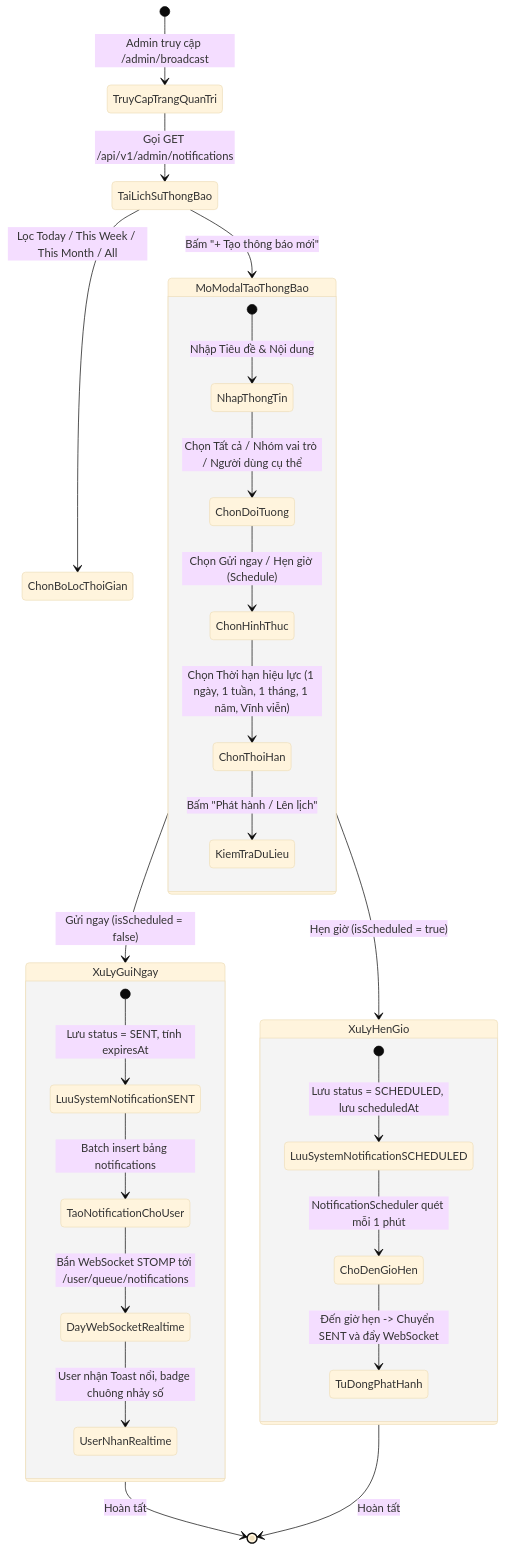
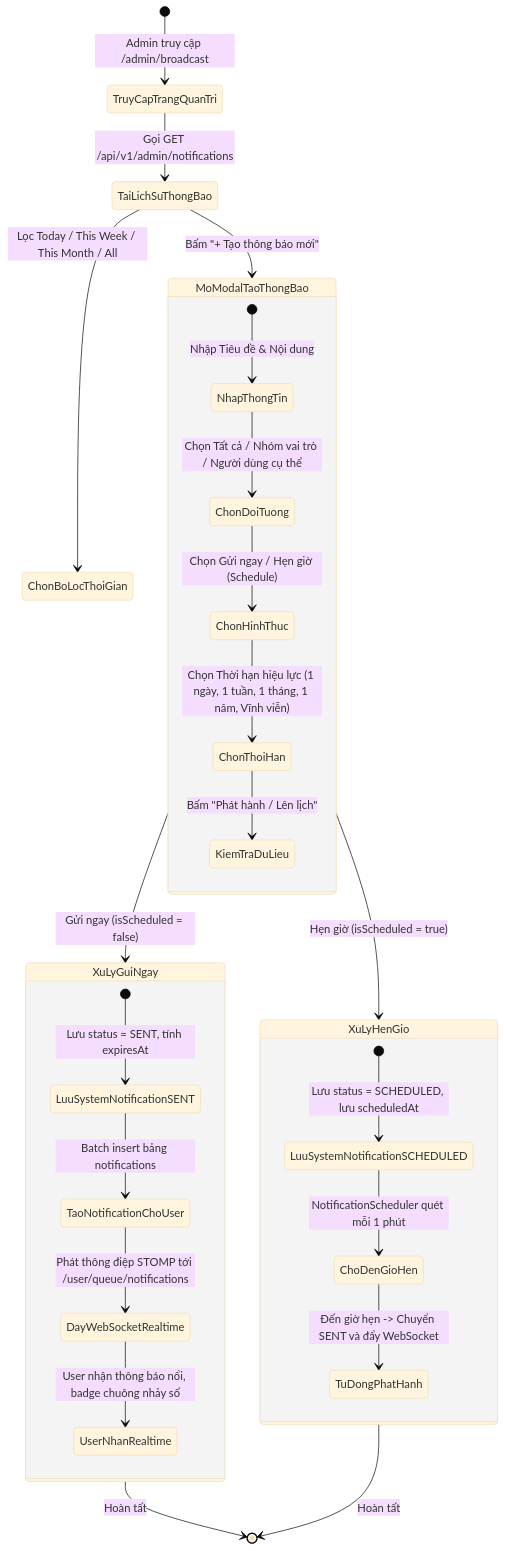
The first of 3 diagrams in docs/update_SRS/SRS_UC_87_SendBroadcastNotification.md (Alumnect/Alumnect), drawn with Mermaid (base theme) before and after one commit. The commit also changed other lines of this file and 83 other files, not shown here.

````diff
--- a/docs/update_SRS/SRS_UC_87_SendBroadcastNotification.md
+++ b/docs/update_SRS/SRS_UC_87_SendBroadcastNotification.md
@@ -7,34 +7,34 @@
 ```mermaid
 stateDiagram-v2
     [*] --> TruyCapTrangQuanTri : Admin truy cập /admin/broadcast
     TruyCapTrangQuanTri --> TaiLichSuThongBao : Gọi GET /api/v1/admin/notifications
     TaiLichSuThongBao --> ChonBoLocThoiGian : Lọc Today / This Week / This Month / All
     TaiLichSuThongBao --> MoModalTaoThongBao : Bấm "+ Tạo thông báo mới"
 
     state MoModalTaoThongBao {
         [*] --> NhapThongTin : Nhập Tiêu đề & Nội dung
         NhapThongTin --> ChonDoiTuong : Chọn Tất cả / Nhóm vai trò / Người dùng cụ thể
         ChonDoiTuong --> ChonHinhThuc : Chọn Gửi ngay / Hẹn giờ (Schedule)
         ChonHinhThuc --> ChonThoiHan : Chọn Thời hạn hiệu lực (1 ngày, 1 tuần, 1 tháng, 1 năm, Vĩnh viễn)
         ChonThoiHan --> KiemTraDuLieu : Bấm "Phát hành / Lên lịch"
     }
 
     MoModalTaoThongBao --> XuLyGuiNgay : Gửi ngay (isScheduled = false)
     MoModalTaoThongBao --> XuLyHenGio : Hẹn giờ (isScheduled = true)
 
     state XuLyGuiNgay {
         [*] --> LuuSystemNotificationSENT : Lưu status = SENT, tính expiresAt
         LuuSystemNotificationSENT --> TaoNotificationChoUser : Batch insert bảng notifications
-        TaoNotificationChoUser --> DayWebSocketRealtime : Bắn WebSocket STOMP tới /user/queue/notifications
-        DayWebSocketRealtime --> UserNhanRealtime : User nhận Toast nổi, badge chuông nhảy số
+        TaoNotificationChoUser --> DayWebSocketRealtime : Phát thông điệp STOMP tới /user/queue/notifications
+        DayWebSocketRealtime --> UserNhanRealtime : User nhận thông báo nổi, badge chuông nhảy số
     }
 
     state XuLyHenGio {
         [*] --> LuuSystemNotificationSCHEDULED : Lưu status = SCHEDULED, lưu scheduledAt
         LuuSystemNotificationSCHEDULED --> ChoDenGioHen : NotificationScheduler quét mỗi 1 phút
         ChoDenGioHen --> TuDongPhatHanh : Đến giờ hẹn -> Chuyển SENT và đẩy WebSocket
     }
 
     XuLyGuiNgay --> [*] : Hoàn tất
     XuLyHenGio --> [*] : Hoàn tất
 ```
````
